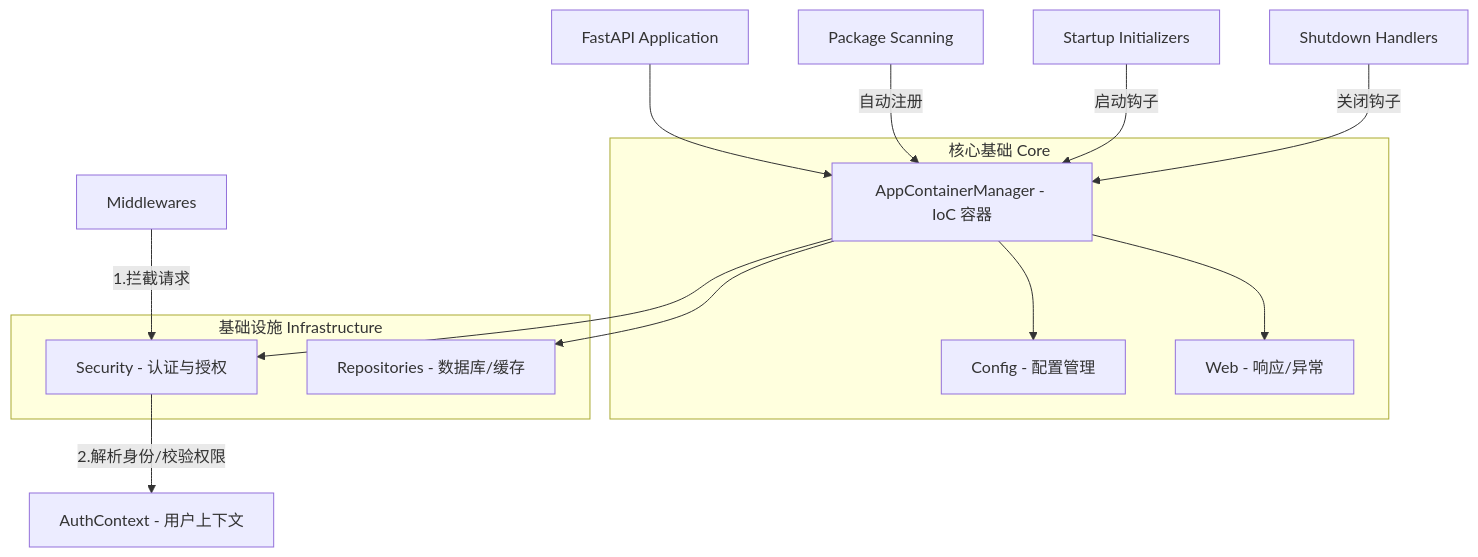
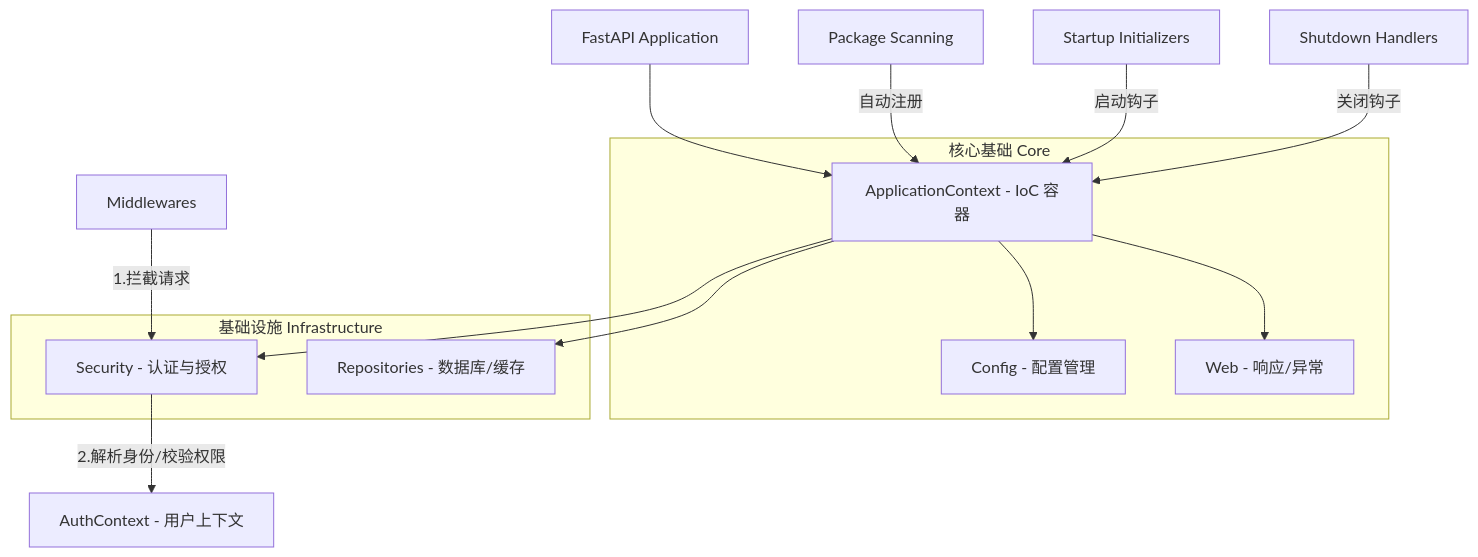
The diagram in README.md (365tools/PySpring), drawn with Mermaid before and after one commit. The commit also changed other lines of this file and 15 other files, not shown here.

````diff
--- a/README.md
+++ b/README.md
@@ -28,23 +28,23 @@
 ```mermaid
 graph TD
-    App[FastAPI Application] --> IoC[AppContainerManager - IoC 容器]
+    App[FastAPI Application] --> IoC[ApplicationContext - IoC 容器]
     
     subgraph Core[核心基础 Core]
         IoC --> Config[Config - 配置管理]
         IoC --> Web[Web - 响应/异常]
     end
     
     subgraph Infra[基础设施 Infrastructure]
         IoC --> Security[Security - 认证与授权]
         IoC --> Repos[Repositories - 数据库/缓存]
     end
     
     %% Lifecycle
     IOCScan[Package Scanning] -- 自动注册 --> IoC
     Init[Startup Initializers] -- 启动钩子 --> IoC
     Close[Shutdown Handlers] -- 关闭钩子 --> IoC
     
     %% Runtime Security Flow
     Middleware[Middlewares] -- 1.拦截请求 --> Security
     Security -- 2.解析身份/校验权限 --> Context[AuthContext - 用户上下文]
 ```
````
